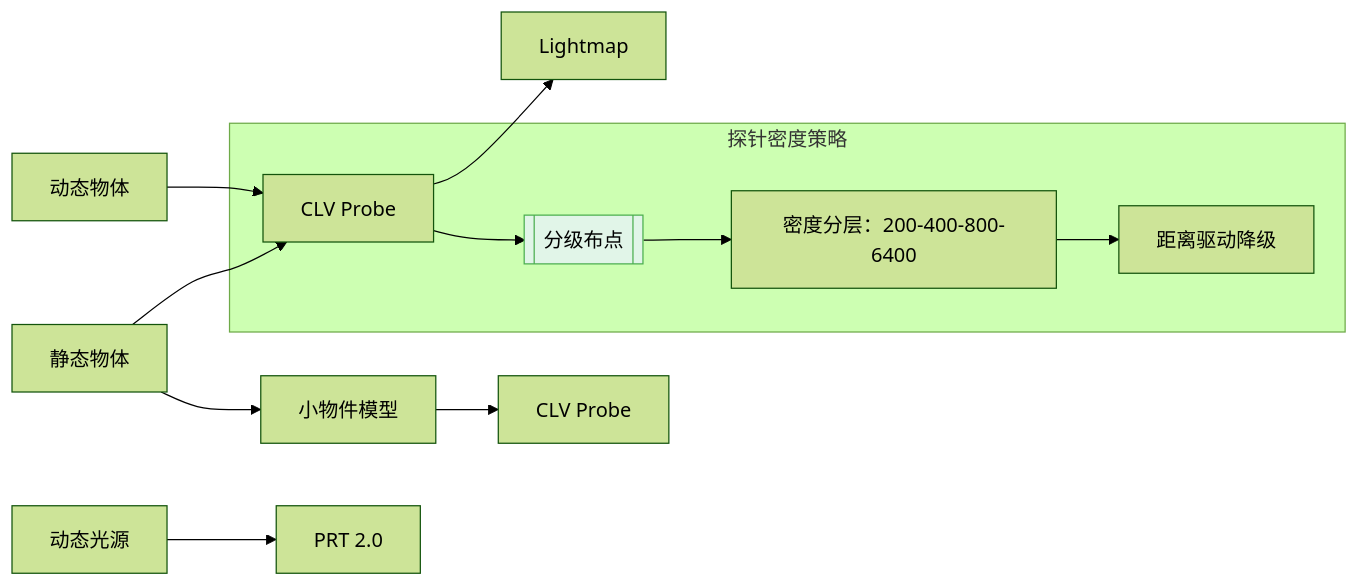
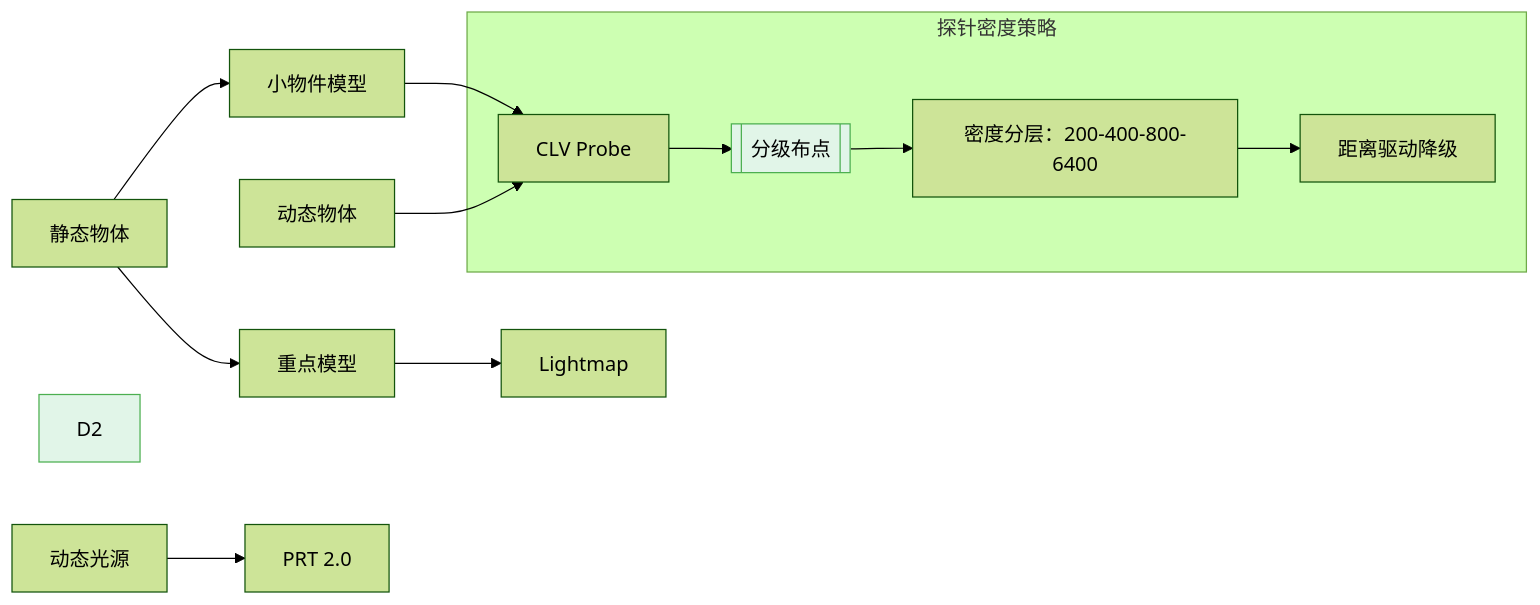
The diagram in all/未命名-5.md (archieluan/iodraw-files), drawn with Mermaid (forest theme) before and after one commit.

Commit message:
2025-07-08 11:04:21 update

````diff
--- a/all/未命名-5.md
+++ b/all/未命名-5.md
@@ -1,21 +1,21 @@
 ```mermaid
 graph LR
   %% 保留原基础框架
-  A[静态物体] --> B1[重点模型] --> B2[Lightmap]
-  A --> A1[小物件模型] --> A2[CLV Probe]
+  A[静态物体] --> A1[重点模型] --> A2[Lightmap]
+  A --> B[小物件模型] --> B1[CLV Probe]
   
   %% 新增分级标注
   subgraph 探针密度策略
     B1 --> C[[分级布点]]
     C --> C1["密度分层：200-400-800-6400"]
     C1 --> C2["距离驱动降级"]
     style C fill:#e1f5e8,stroke:#4caf50
   end
   
   %% 动态部分严格区分
   D[动态物体] --> B1[CLV Probe] 
 
-
+  style D2 fill:#e1f5e8,stroke:#4caf50
   
   E[动态光源] --> E1[PRT 2.0]
 ```
````
